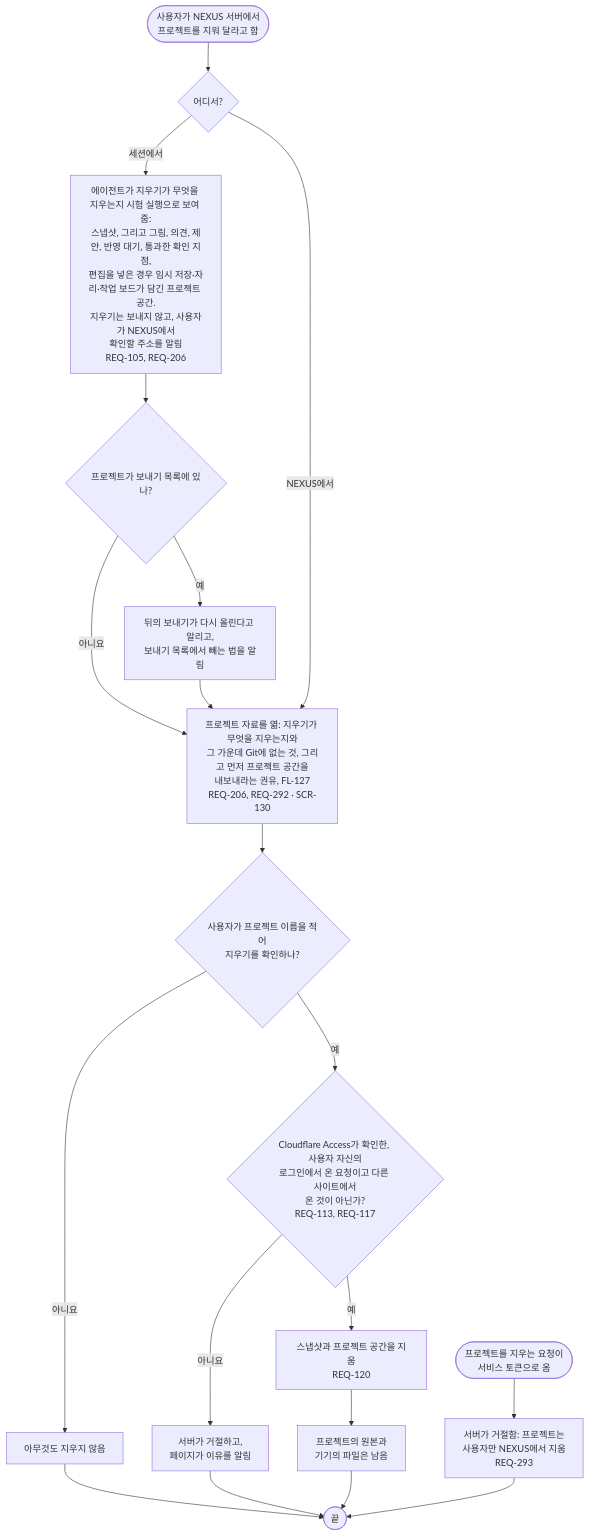
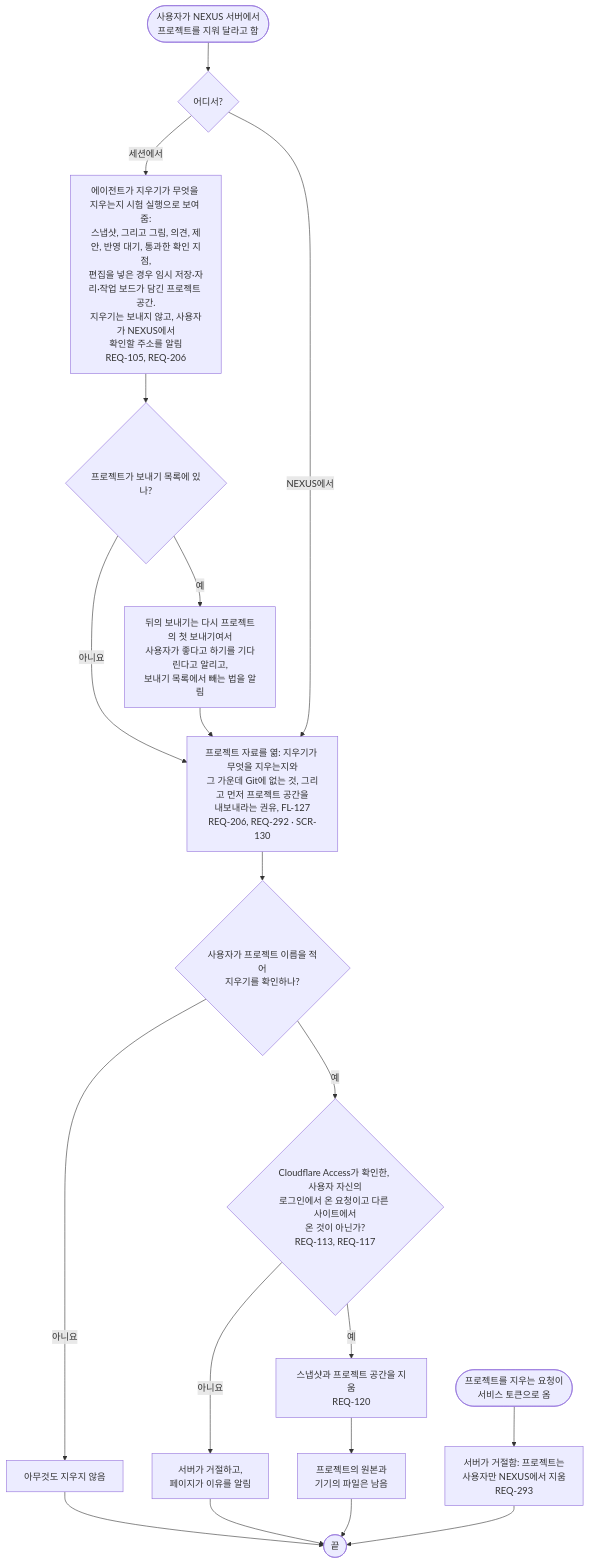
One commit to kodonghui/corthex-nexus changed the diagram in docs/03-user-flow/nexus/FL-114-remove-a-project.ko.md. Above: the diagram before and after it, drawn with Mermaid. The commit also changed other lines of this file and 10 other files, not shown here.

````diff
--- a/docs/03-user-flow/nexus/FL-114-remove-a-project.ko.md
+++ b/docs/03-user-flow/nexus/FL-114-remove-a-project.ko.md
@@ -9,21 +9,21 @@
 ```mermaid
 flowchart TD
   A(["사용자가 NEXUS 서버에서<br/>프로젝트를 지워 달라고 함"]) --> B{"어디서?"}
   B -->|세션에서| B1["에이전트가 지우기가 무엇을 지우는지 시험 실행으로 보여 줌:<br/>스냅샷, 그리고 그림, 의견, 제안, 반영 대기, 통과한 확인 지점,<br/>편집을 넣은 경우 임시 저장·자리·작업 보드가 담긴 프로젝트 공간.<br/>지우기는 보내지 않고, 사용자가 NEXUS에서<br/>확인할 주소를 알림<br/>REQ-105, REQ-206"]
   B1 --> B2{"프로젝트가 보내기 목록에 있나?"}
-  B2 -->|예| B3["뒤의 보내기가 다시 올린다고 알리고,<br/>보내기 목록에서 빼는 법을 알림"]
+  B2 -->|예| B3["뒤의 보내기는 다시 프로젝트의 첫 보내기여서<br/>사용자가 좋다고 하기를 기다린다고 알리고,<br/>보내기 목록에서 빼는 법을 알림"]
   B2 -->|아니요| C
   B3 --> C
   B -->|NEXUS에서| C["프로젝트 자료를 엶: 지우기가 무엇을 지우는지와<br/>그 가운데 Git에 없는 것, 그리고 먼저 프로젝트 공간을<br/>내보내라는 권유, FL-127<br/>REQ-206, REQ-292 · SCR-130"]
   C --> D{"사용자가 프로젝트 이름을 적어<br/>지우기를 확인하나?"}
   D -->|아니요| D1["아무것도 지우지 않음"]
   D1 --> Z(["끝"])
   D -->|예| E{"Cloudflare Access가 확인한, 사용자 자신의<br/>로그인에서 온 요청이고 다른 사이트에서<br/>온 것이 아닌가?<br/>REQ-113, REQ-117"}
   E -->|아니요| E1["서버가 거절하고,<br/>페이지가 이유를 알림"]
   E1 --> Z
   E -->|예| F["스냅샷과 프로젝트 공간을 지움<br/>REQ-120"]
   F --> G["프로젝트의 원본과<br/>기기의 파일은 남음"]
   G --> Z
   X(["프로젝트를 지우는 요청이<br/>서비스 토큰으로 옴"]) --> X1["서버가 거절함: 프로젝트는<br/>사용자만 NEXUS에서 지움<br/>REQ-293"]
   X1 --> Z
 ```
````
